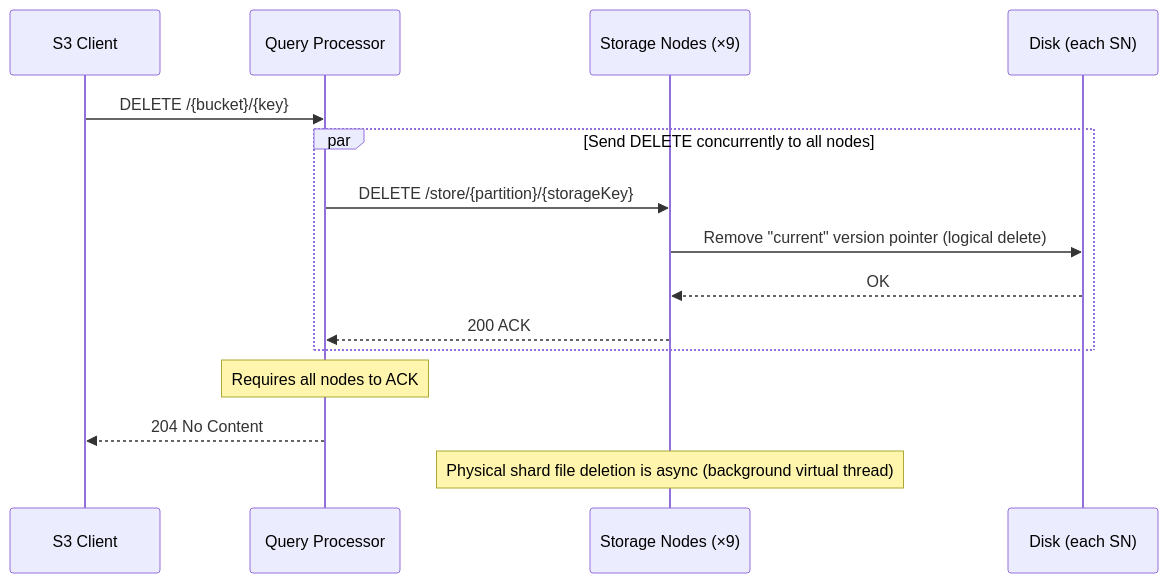
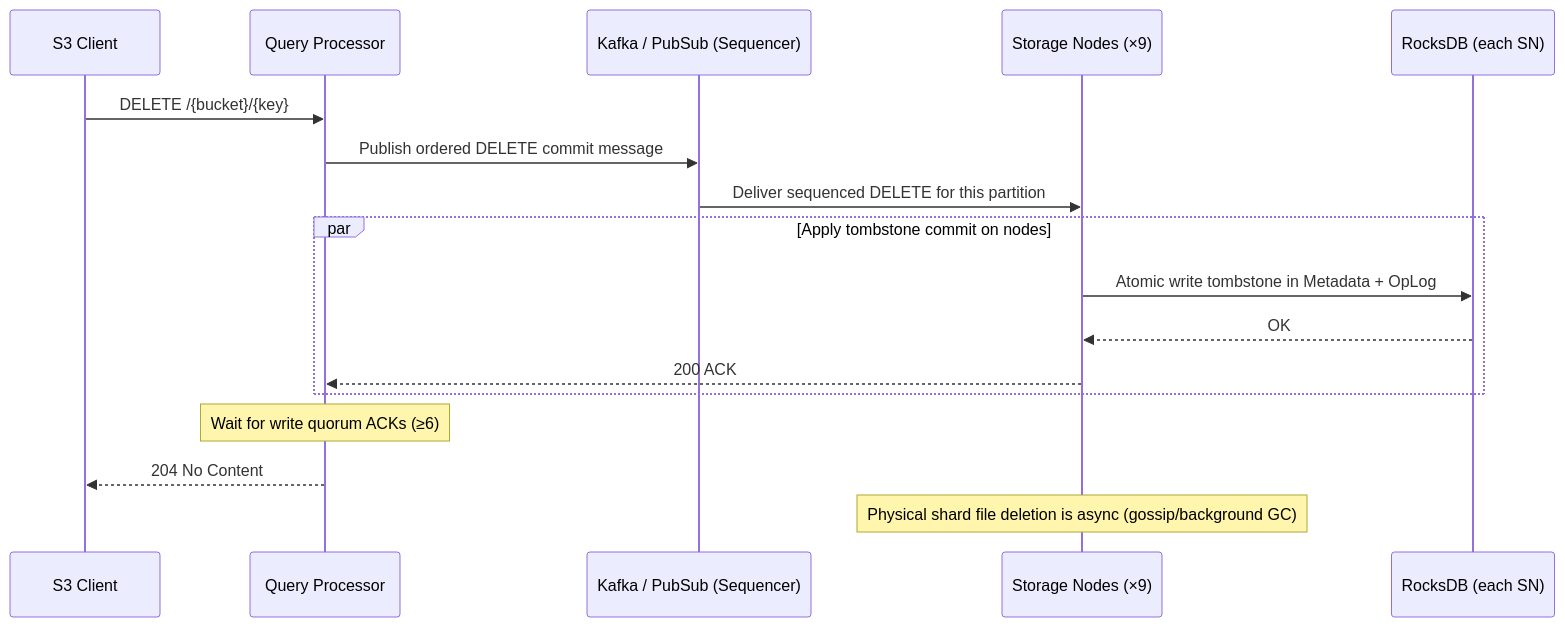
Before and after one commit to S26-Distributed-Capstone/Koop: the fifth of 15 diagrams in docs/workflow.md, drawn with Mermaid. The commit also changed other lines of this file, not shown here.

````diff
--- a/docs/workflow.md
+++ b/docs/workflow.md
@@ -135,19 +137,21 @@
 ```mermaid
 sequenceDiagram
     participant C as S3 Client
     participant QP as Query Processor
+    participant Kafka as Kafka / PubSub (Sequencer)
     participant SN as Storage Nodes (×9)
-    participant Disk as Disk (each SN)
+    participant RDB as RocksDB (each SN)
 
     C->>QP: DELETE /{bucket}/{key}
-    par Send DELETE concurrently to all nodes
-        QP->>SN: DELETE /store/{partition}/{storageKey}
-        SN->>Disk: Remove "current" version pointer (logical delete)
-        Disk-->>SN: OK
+    QP->>Kafka: Publish ordered DELETE commit message
+    Kafka->>SN: Deliver sequenced DELETE for this partition
+    par Apply tombstone commit on nodes
+        SN->>RDB: Atomic write tombstone in Metadata + OpLog
+        RDB-->>SN: OK
         SN-->>QP: 200 ACK
     end
-    Note over QP: Requires all nodes to ACK
+    Note over QP: Wait for write quorum ACKs (≥6)
     QP-->>C: 204 No Content
 
-    Note over SN: Physical shard file deletion is async (background virtual thread)
+    Note over SN: Physical shard file deletion is async (gossip/background GC)
 ```
````
